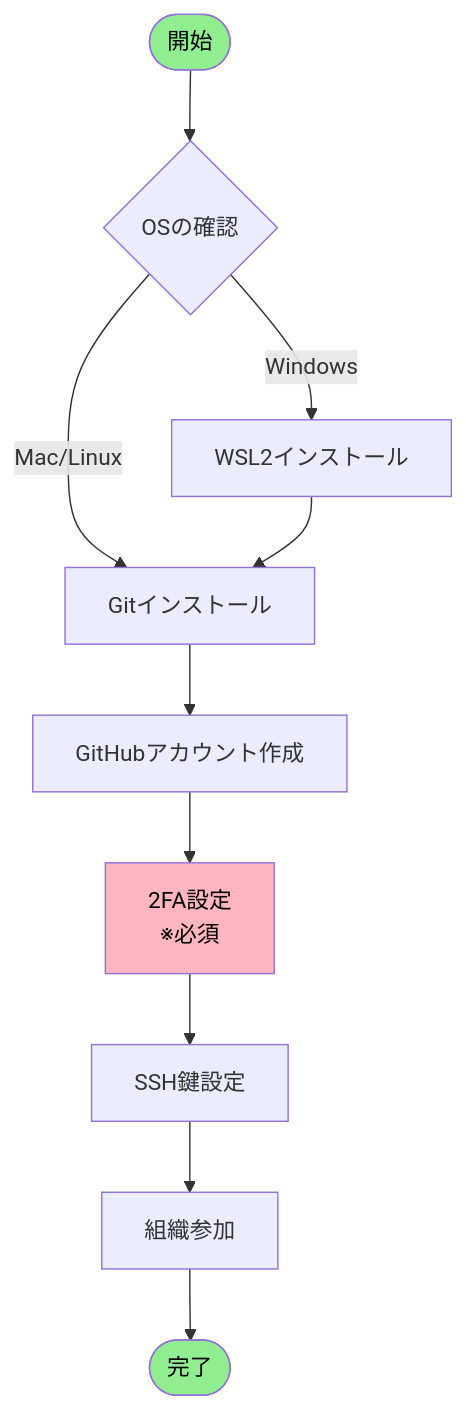
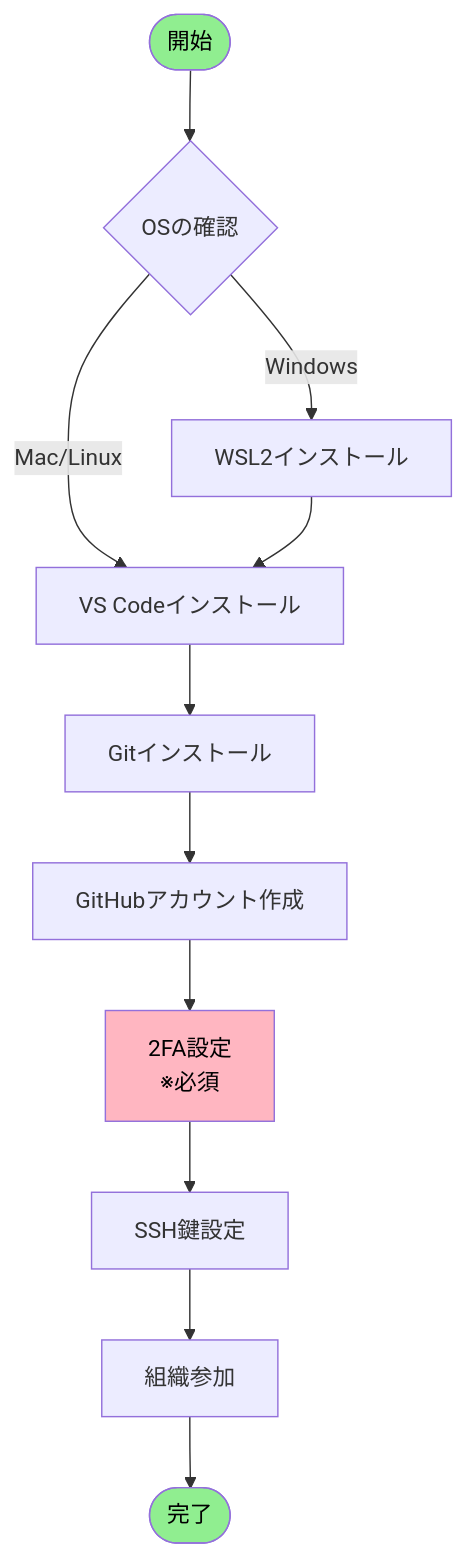
The first of 2 diagrams in docs/onboarding/GITHUB_ENVIRONMENT_SETUP.md (sas-com/github-guidelines), drawn with Mermaid before and after one commit. The commit also changed other lines of this file, not shown here.

````diff
--- a/docs/onboarding/GITHUB_ENVIRONMENT_SETUP.md
+++ b/docs/onboarding/GITHUB_ENVIRONMENT_SETUP.md
@@ -82,16 +90,17 @@
 ```mermaid
 graph TB
     Start([開始]) --> OS{OSの確認}
     OS -->|Windows| WSL[WSL2インストール]
-    OS -->|Mac/Linux| Git[Gitインストール]
-    WSL --> Git
+    OS -->|Mac/Linux| VSCode[VS Codeインストール]
+    WSL --> VSCode
+    VSCode --> Git[Gitインストール]
     Git --> GitHub[GitHubアカウント作成]
     GitHub --> TwoFA[2FA設定<br/>※必須]
     TwoFA --> SSH[SSH鍵設定]
     SSH --> Org[組織参加]
     Org --> Complete([完了])
-    
+
     style Start fill:#90EE90,color:#000
     style Complete fill:#90EE90,color:#000
     style TwoFA fill:#FFB6C1,color:#000
 ```
````
